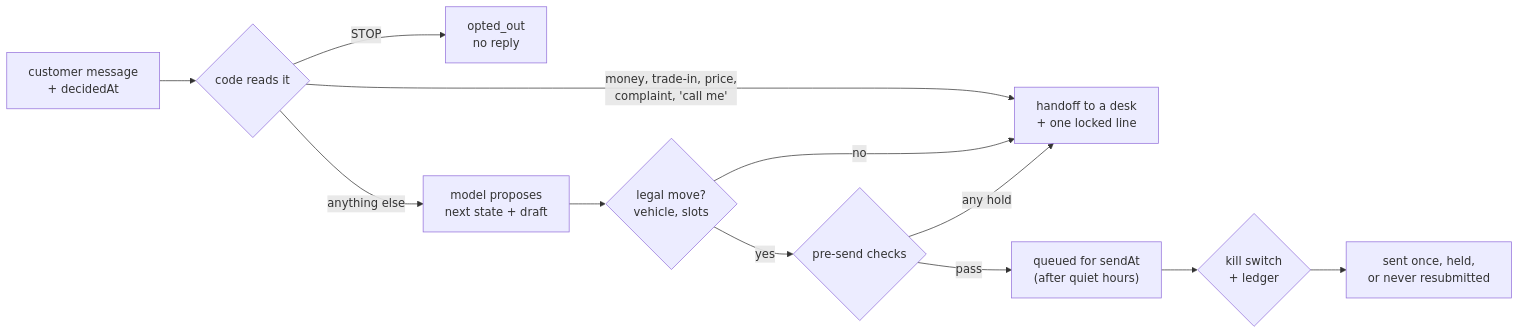
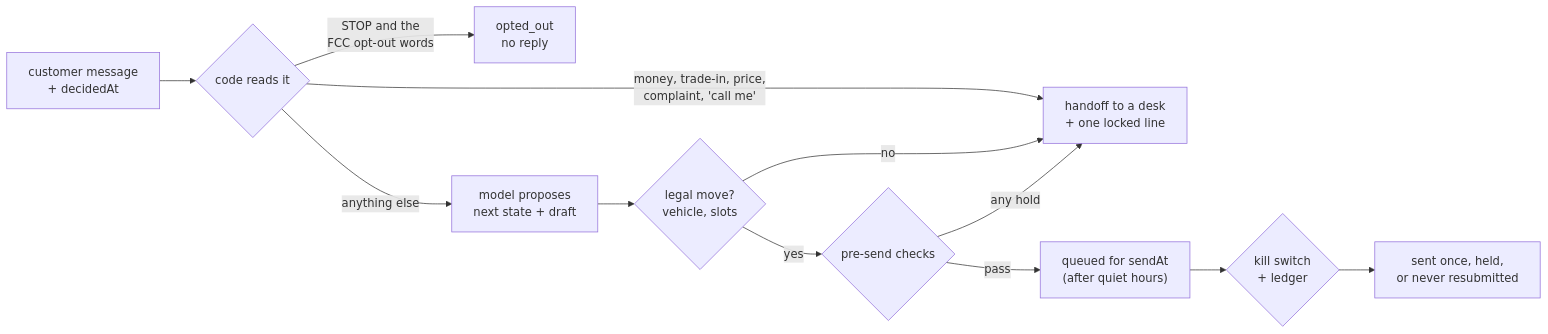
One commit to woodbeary/showroom changed the diagram in README.md. Above: the diagram before and after it, drawn with Mermaid. The commit also changed other lines of this file and 10 other files, not shown here.

First line of the commit message:
Hold queued replies after a STOP or handoff, and read prices in any form

````diff
--- a/README.md
+++ b/README.md
@@ -38,14 +40,14 @@
 ```mermaid
 flowchart LR
   IN["customer message<br/>+ decidedAt"] --> READ{"code reads it"}
-  READ -- "STOP" --> OPT["opted_out<br/>no reply"]
+  READ -- "STOP and the<br/>FCC opt-out words" --> OPT["opted_out<br/>no reply"]
   READ -- "money, trade-in, price,<br/>complaint, 'call me'" --> HAND["handoff to a desk<br/>+ one locked line"]
   READ -- "anything else" --> MODEL["model proposes<br/>next state + draft"]
   MODEL --> LEGAL{"legal move?<br/>vehicle, slots"}
   LEGAL -- "no" --> HAND
   LEGAL -- "yes" --> CHECKS{"pre-send checks"}
   CHECKS -- "any hold" --> HAND
   CHECKS -- "pass" --> QUEUE["queued for sendAt<br/>(after quiet hours)"]
   QUEUE --> SEND{"kill switch<br/>+ ledger"}
   SEND --> OUT["sent once, held,<br/>or never resubmitted"]
 ```
````
